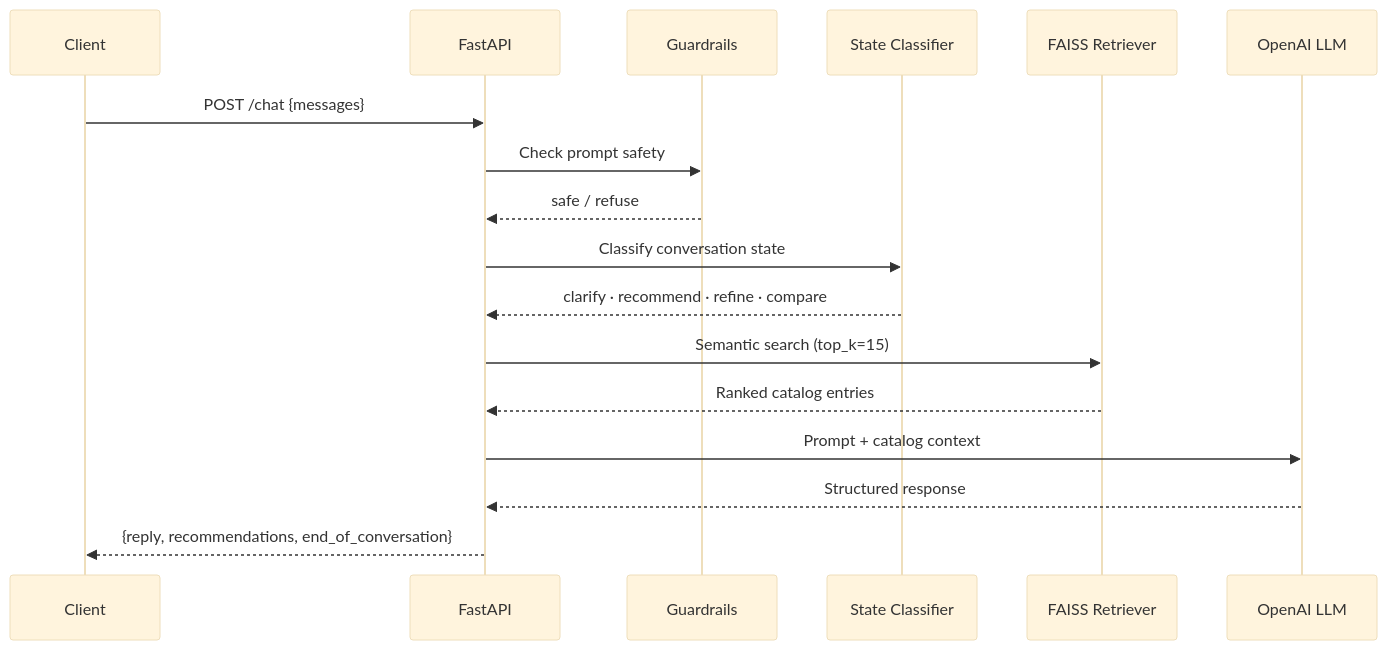
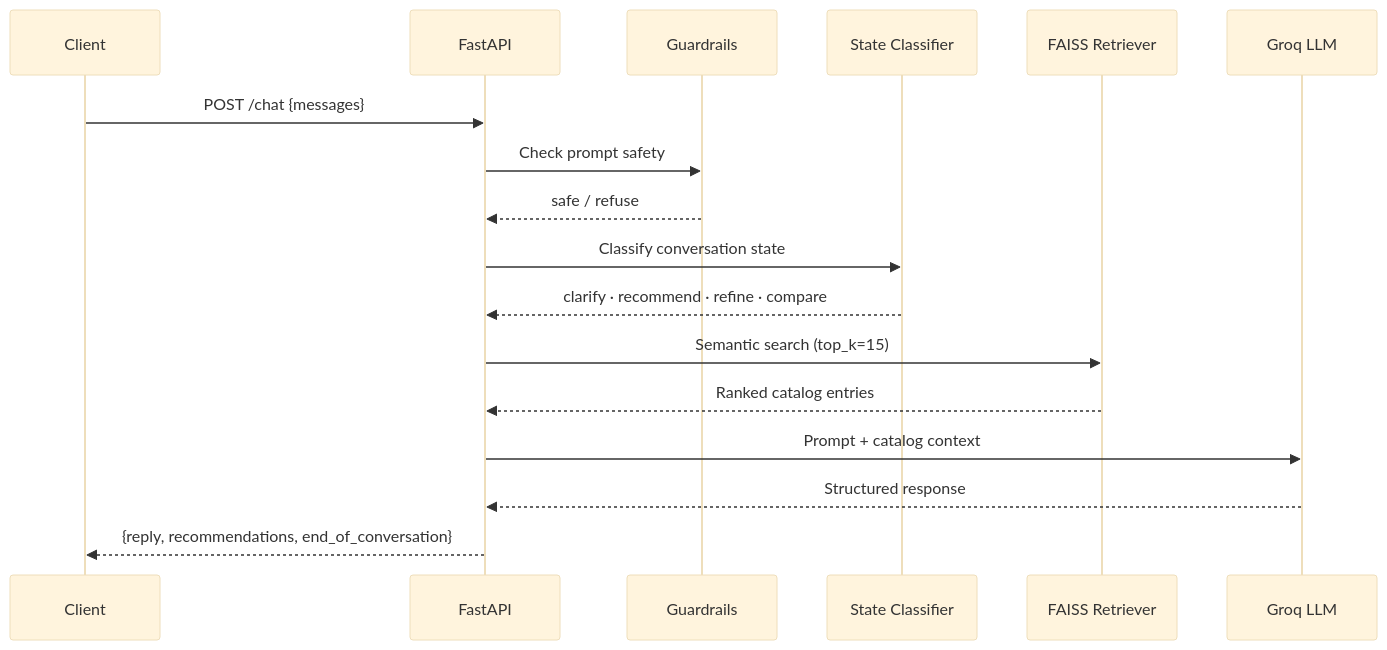
One commit to BugHunterX2101/assess-recommend changed the second of 3 diagrams in README.md. Above: the diagram before and after it, drawn with Mermaid (base theme). The commit also changed other lines of this file and 4 other files, not shown here.

First line of the commit message:
Switch LLM to Groq via OpenAI-compatible endpoint

````diff
--- a/README.md
+++ b/README.md
@@ -40,20 +40,20 @@
 ```mermaid
 sequenceDiagram
     participant C as Client
     participant F as FastAPI
     participant G as Guardrails
     participant SC as State Classifier
     participant R as FAISS Retriever
-    participant L as OpenAI LLM
+    participant L as Groq LLM
 
     C->>F: POST /chat {messages}
     F->>G: Check prompt safety
     G-->>F: safe / refuse
     F->>SC: Classify conversation state
     SC-->>F: clarify · recommend · refine · compare
     F->>R: Semantic search (top_k=15)
     R-->>F: Ranked catalog entries
     F->>L: Prompt + catalog context
     L-->>F: Structured response
     F-->>C: {reply, recommendations, end_of_conversation}
 ```
````
